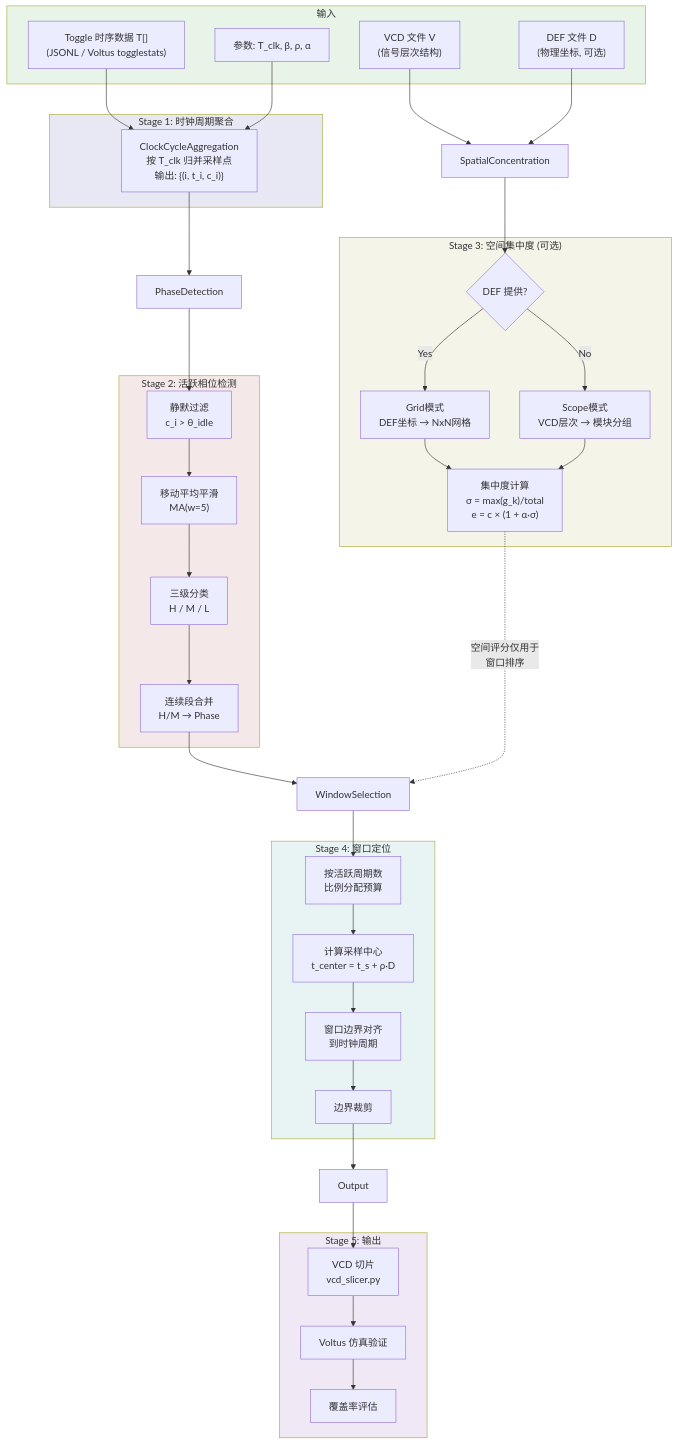
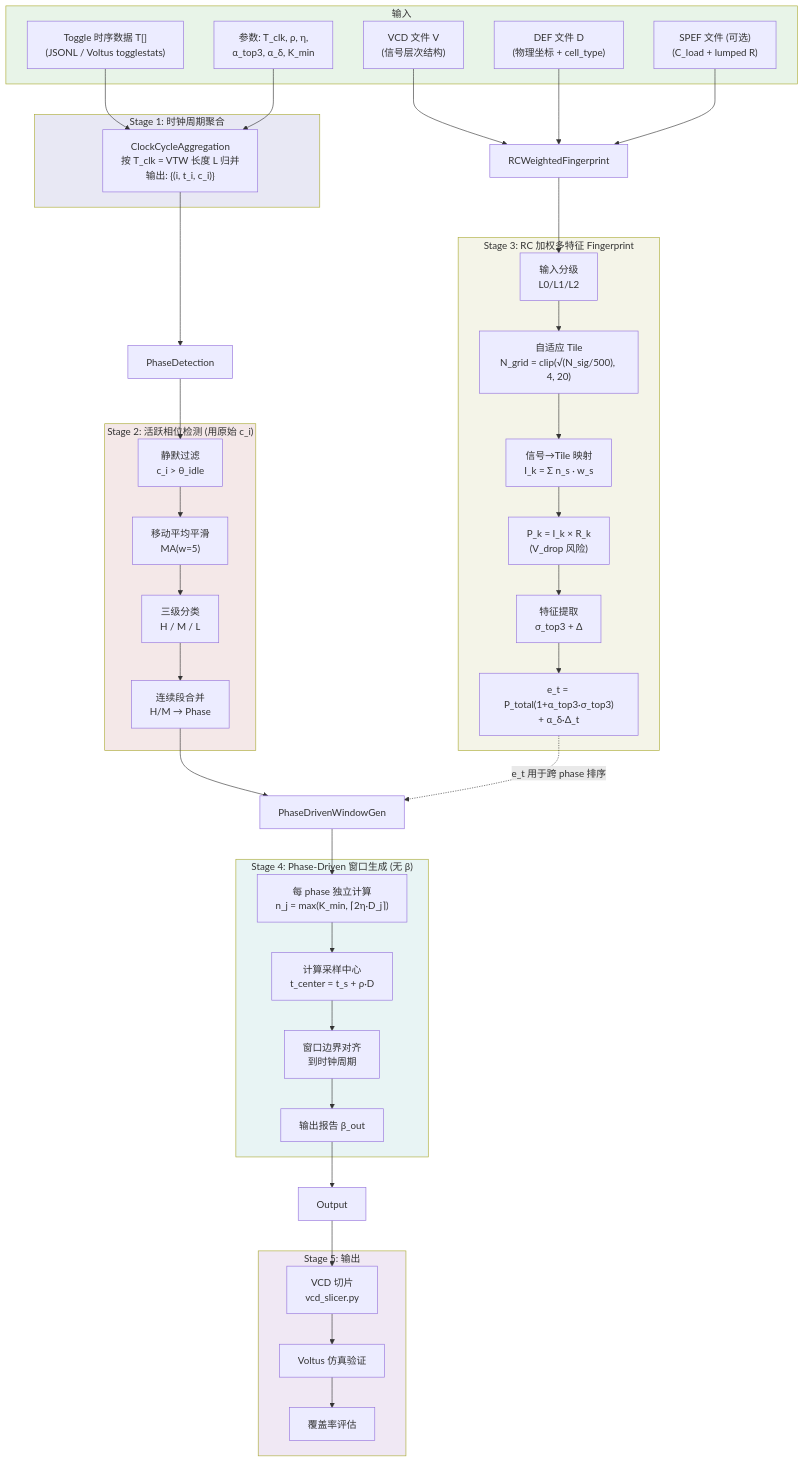
One commit to Joker-Cold/Classify changed the first of 2 diagrams in docs/algorithm_worst_window.md. Above: the diagram before and after it, drawn with Mermaid. The commit also changed other lines of this file and 586 other files, not shown here.

````diff
--- a/docs/algorithm_worst_window.md
+++ b/docs/algorithm_worst_window.md
@@ -33,68 +26,71 @@
 ```mermaid
 flowchart TD
     subgraph Input["输入"]
         T["Toggle 时序数据 T[]<br/>(JSONL / Voltus togglestats)"]
         V["VCD 文件 V<br/>(信号层次结构)"]
-        D["DEF 文件 D<br/>(物理坐标, 可选)"]
-        P["参数: T_clk, β, ρ, α"]
+        D["DEF 文件 D<br/>(物理坐标 + cell_type)"]
+        SP["SPEF 文件 (可选)<br/>(C_load + lumped R)"]
+        P["参数: T_clk, ρ, η,<br/>α_top3, α_δ, K_min"]
     end
 
     T --> S1
     P --> S1
 
     subgraph Stage1["Stage 1: 时钟周期聚合"]
-        S1["ClockCycleAggregation<br/>按 T_clk 归并采样点<br/>输出: {(i, t_i, c_i)}"]
+        S1["ClockCycleAggregation<br/>按 T_clk = VTW 长度 L 归并<br/>输出: {(i, t_i, c_i)}"]
     end
 
     S1 --> S2
 
-    subgraph Stage2["Stage 2: 活跃相位检测"]
+    subgraph Stage2["Stage 2: 活跃相位检测 (用原始 c_i)"]
         S2a["静默过滤<br/>c_i > θ_idle"]
         S2b["移动平均平滑<br/>MA(w=5)"]
         S2c["三级分类<br/>H / M / L"]
         S2d["连续段合并<br/>H/M → Phase"]
         S2a --> S2b --> S2c --> S2d
     end
     S2["PhaseDetection"] --> S2a
 
     V --> S3
     D --> S3
+    SP --> S3
 
-    subgraph Stage3["Stage 3: 空间集中度 (可选)"]
-        S3a{"DEF 提供?"}
-        S3b["Grid模式<br/>DEF坐标 → NxN网格"]
-        S3c["Scope模式<br/>VCD层次 → 模块分组"]
-        S3d["集中度计算<br/>σ = max(g_k)/total<br/>e = c × (1 + α·σ)"]
-        S3a -->|Yes| S3b --> S3d
-        S3a -->|No| S3c --> S3d
+    subgraph Stage3["Stage 3: RC 加权多特征 Fingerprint"]
+        S3a["输入分级<br/>L0/L1/L2"]
+        S3b["自适应 Tile<br/>N_grid = clip(√(N_sig/500), 4, 20)"]
+        S3c["信号→Tile 映射<br/>I_k = Σ n_s · w_s"]
+        S3d["P_k = I_k × R_k<br/>(V_drop 风险)"]
+        S3e["特征提取<br/>σ_top3 + Δ"]
+        S3f["e_t = P_total(1+α_top3·σ_top3)<br/>+ α_δ·Δ_t"]
+        S3a --> S3b --> S3c --> S3d --> S3e --> S3f
     end
-    S3["SpatialConcentration"] --> S3a
+    S3["RCWeightedFingerprint"] --> S3a
 
     S2d --> S4
-    S3d -.->|"空间评分仅用于<br/>窗口排序"| S4
+    S3f -.->|"e_t 用于跨 phase 排序"| S4
 
-    subgraph Stage4["Stage 4: 窗口定位"]
-        S4a["按活跃周期数<br/>比例分配预算"]
+    subgraph Stage4["Stage 4: Phase-Driven 窗口生成 (无 β)"]
+        S4a["每 phase 独立计算<br/>n_j = max(K_min, ⌈2η·D_j⌉)"]
         S4b["计算采样中心<br/>t_center = t_s + ρ·D"]
         S4c["窗口边界对齐<br/>到时钟周期"]
-        S4d["边界裁剪"]
+        S4d["输出报告 β_out"]
         S4a --> S4b --> S4c --> S4d
     end
-    S4["WindowSelection"] --> S4a
+    S4["PhaseDrivenWindowGen"] --> S4a
 
     S4d --> S5
 
     subgraph Stage5["Stage 5: 输出"]
         S5a["VCD 切片<br/>vcd_slicer.py"]
         S5b["Voltus 仿真验证"]
         S5c["覆盖率评估"]
     end
     S5["Output"] --> S5a --> S5b --> S5c
 
     style Input fill:#e8f4e8
     style Stage1 fill:#e8e8f4
     style Stage2 fill:#f4e8e8
     style Stage3 fill:#f4f4e8
     style Stage4 fill:#e8f4f4
     style Stage5 fill:#f0e8f4
 ```
````
